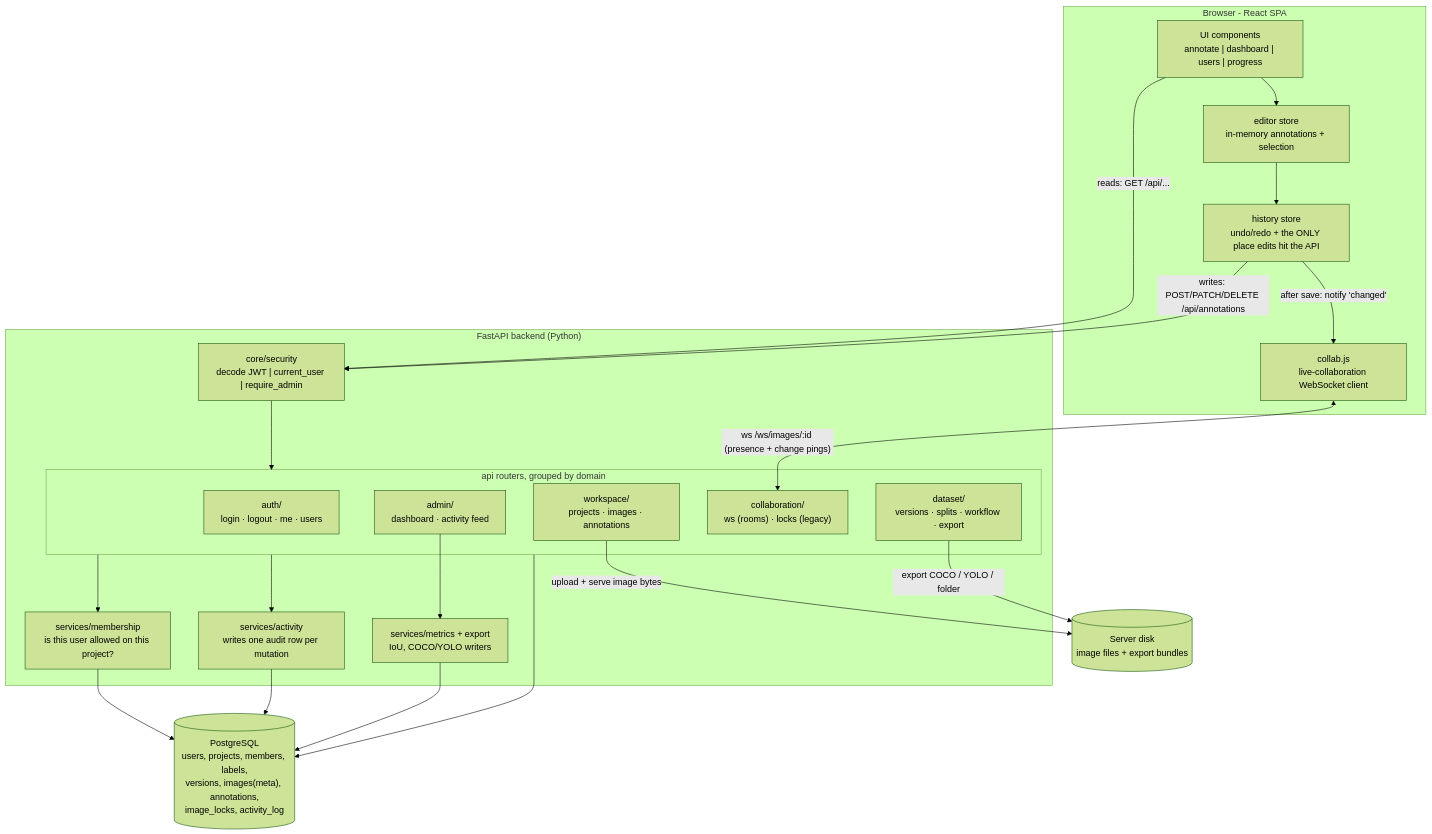
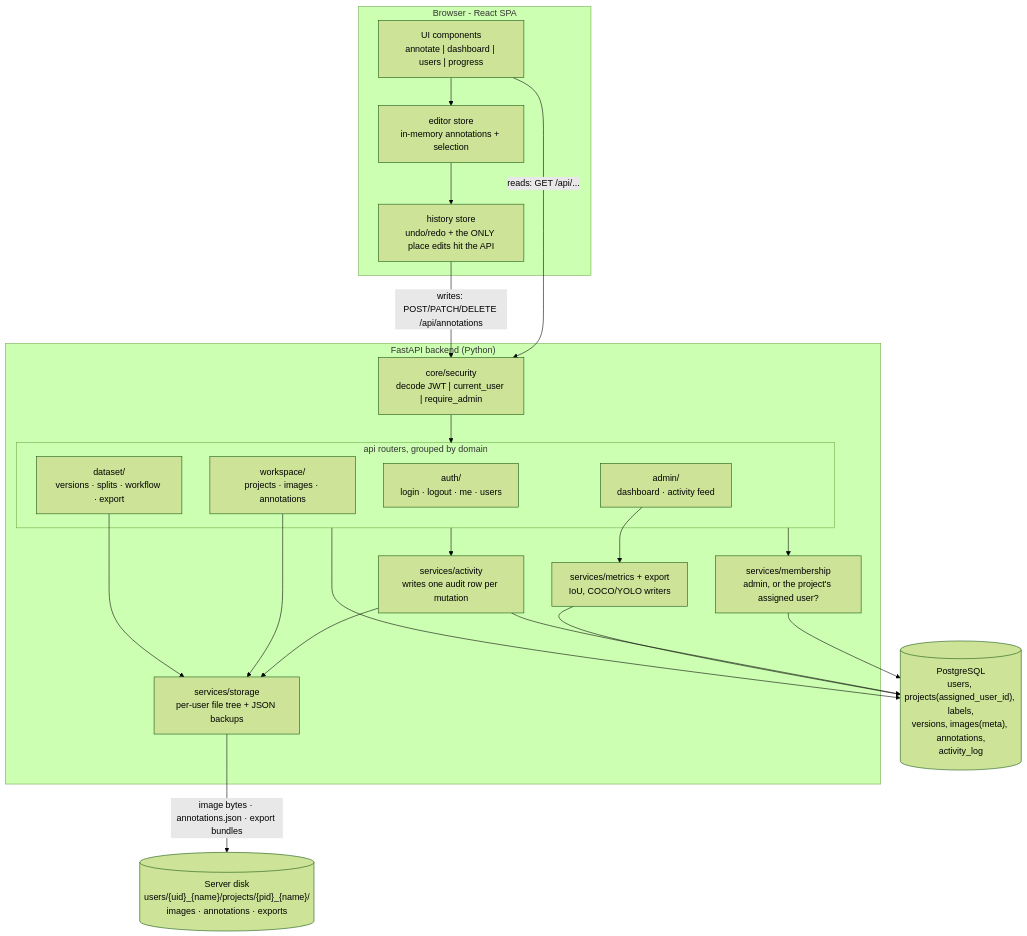
One commit to rochitl72/lable-studio-latest-org changed the diagram in docs/diagrams/backend_flow.mermaid. Above: the diagram before and after it, drawn with Mermaid (forest theme). The commit also changed 35 other files, not shown here.

```diff
--- a/docs/diagrams/backend_flow.mermaid
+++ b/docs/diagrams/backend_flow.mermaid
@@ -1,41 +1,40 @@
 flowchart TB
   subgraph CLIENT["Browser - React SPA"]
     UI["UI components<br/>annotate | dashboard | users | progress"]
     EDIT["editor store<br/>in-memory annotations + selection"]
     HIST["history store<br/>undo/redo + the ONLY place edits hit the API"]
-    COLLAB["collab.js<br/>live-collaboration WebSocket client"]
   end
 
   subgraph BACKEND["FastAPI backend (Python)"]
     SEC["core/security<br/>decode JWT | current_user | require_admin"]
-    MEMB["services/membership<br/>is this user allowed on this project?"]
+    MEMB["services/membership<br/>admin, or the project's assigned user?"]
     subgraph ROUTERS["api routers, grouped by domain"]
       A["auth/<br/>login · logout · me · users"]
       W["workspace/<br/>projects · images · annotations"]
       D["dataset/<br/>versions · splits · workflow · export"]
-      C["collaboration/<br/>ws (rooms) · locks (legacy)"]
       M["admin/<br/>dashboard · activity feed"]
     end
     ACT["services/activity<br/>writes one audit row per mutation"]
+    STO["services/storage<br/>per-user file tree + JSON backups"]
     MET["services/metrics + export<br/>IoU, COCO/YOLO writers"]
   end
 
-  PG[("PostgreSQL<br/>users, projects, members, labels,<br/>versions, images(meta), annotations,<br/>image_locks, activity_log")]
-  FS[("Server disk<br/>image files + export bundles")]
+  PG[("PostgreSQL<br/>users, projects(assigned_user_id), labels,<br/>versions, images(meta), annotations,<br/>activity_log")]
+  FS[("Server disk<br/>users/{uid}_{name}/projects/{pid}_{name}/<br/>images · annotations · exports")]
 
   UI --> EDIT
   EDIT --> HIST
   UI -->|"reads: GET /api/..."| SEC
   HIST -->|"writes: POST/PATCH/DELETE /api/annotations"| SEC
-  HIST -->|"after save: notify 'changed'"| COLLAB
-  COLLAB <-->|"ws /ws/images/:id (presence + change pings)"| C
   SEC --> ROUTERS
   ROUTERS --> MEMB
   ROUTERS --> ACT
   ROUTERS --> PG
   MEMB --> PG
   ACT --> PG
+  ACT --> STO
   M --> MET
   MET --> PG
-  W -->|"upload + serve image bytes"| FS
-  D -->|"export COCO / YOLO / folder"| FS
+  W --> STO
+  D --> STO
+  STO -->|"image bytes · annotations.json · export bundles"| FS
```
